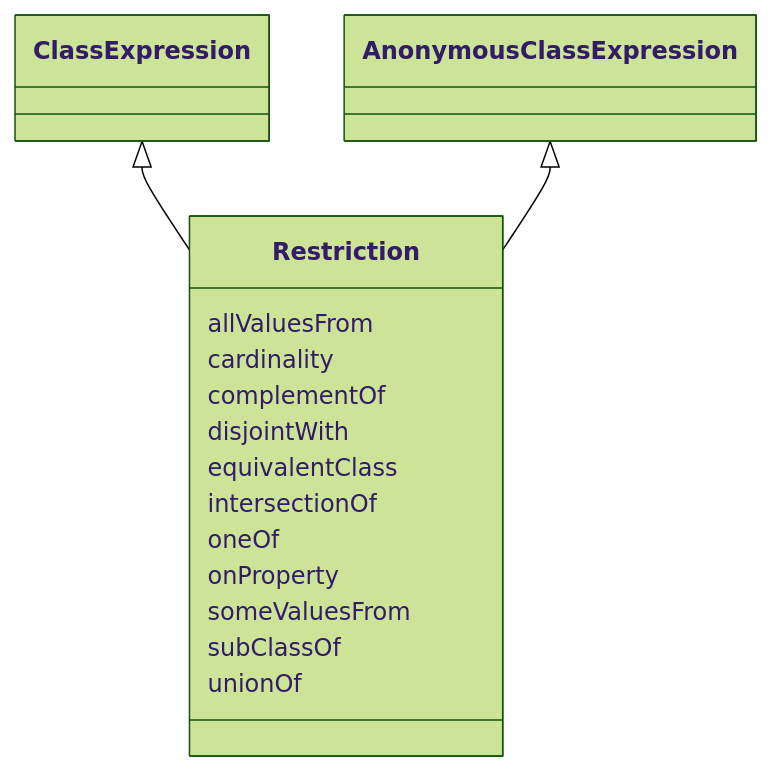
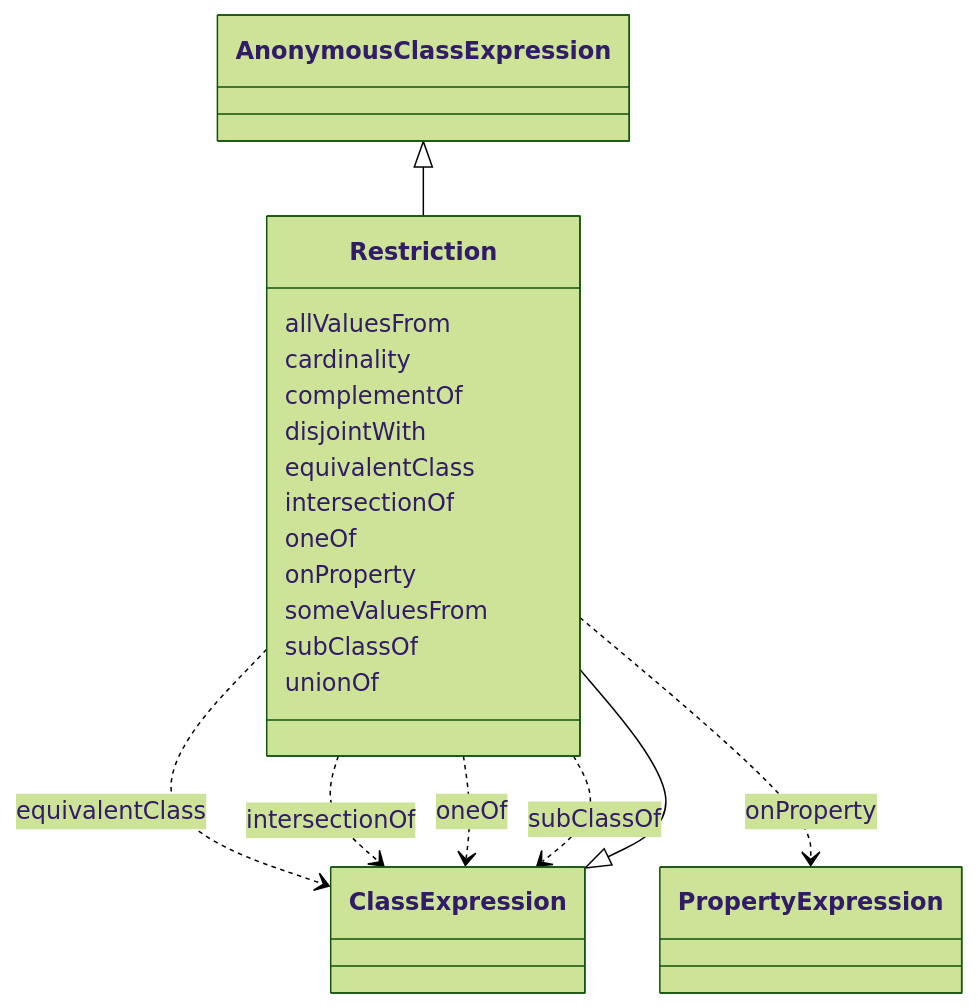
One commit to INCATools/ontology-access-kit changed the diagram in ontology-metadata/Restriction.md. Above: the diagram before and after it, drawn with Mermaid (forest theme). The commit also changed other lines of this file and 1783 other files, not shown here.

````diff
--- a/ontology-metadata/Restriction.md
+++ b/ontology-metadata/Restriction.md
@@ -9,19 +9,40 @@
 ```{mermaid}
  classDiagram
     class Restriction
       ClassExpression <|-- Restriction
       AnonymousClassExpression <|-- Restriction
       
       Restriction : allValuesFrom
+        
       Restriction : cardinality
+        
       Restriction : complementOf
+        
       Restriction : disjointWith
+        
       Restriction : equivalentClass
+        
+          Restriction ..> ClassExpression : equivalentClass
+        
       Restriction : intersectionOf
+        
+          Restriction ..> ClassExpression : intersectionOf
+        
       Restriction : oneOf
+        
+          Restriction ..> ClassExpression : oneOf
+        
       Restriction : onProperty
+        
+          Restriction ..> PropertyExpression : onProperty
+        
       Restriction : someValuesFrom
+        
       Restriction : subClassOf
+        
+          Restriction ..> ClassExpression : subClassOf
+        
       Restriction : unionOf
+        
       
 ```
````
